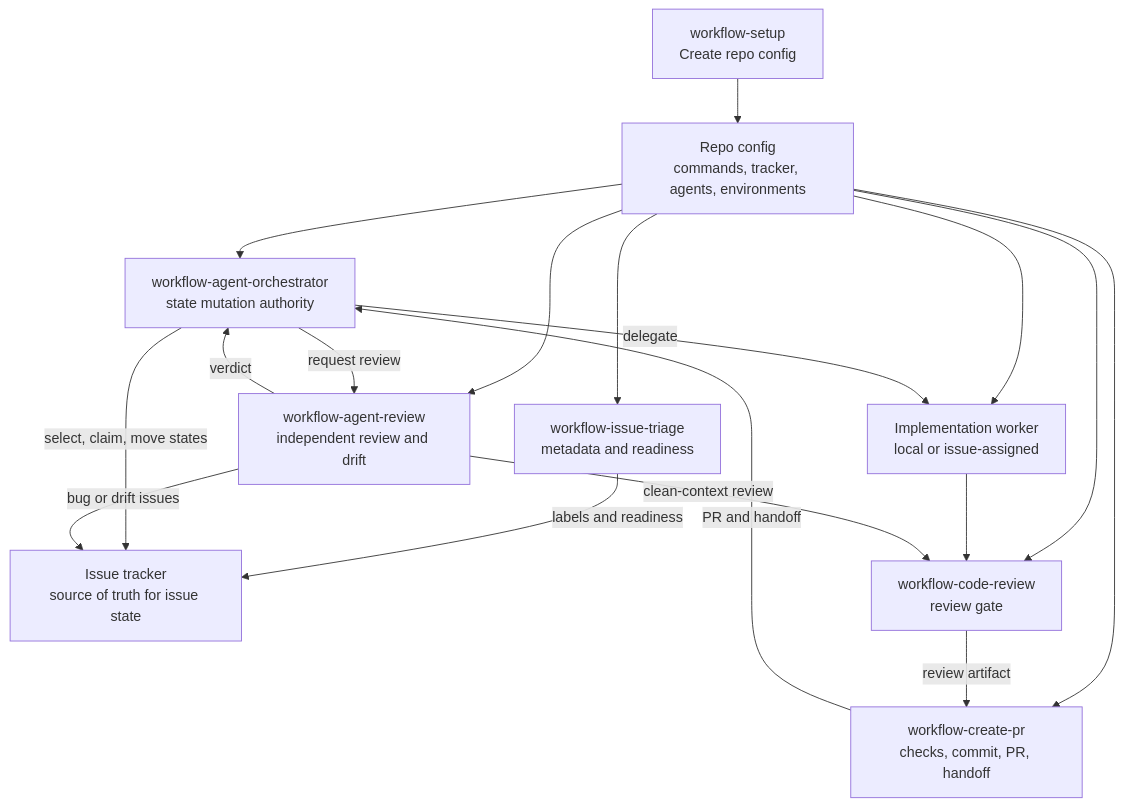
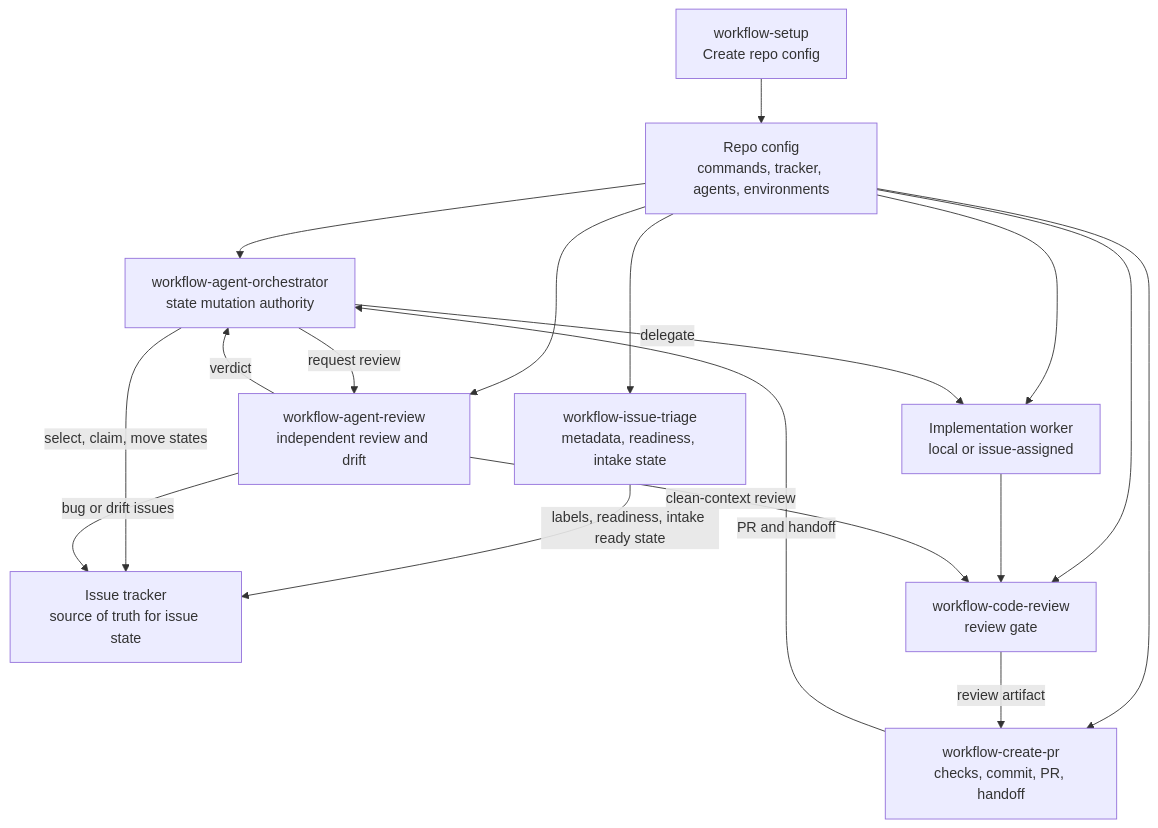
The first of 2 diagrams in docs/agent-workflow.md (zaks-io/skills), drawn with Mermaid before and after one commit. The commit also changed other lines of this file and 8 other files, not shown here.

Commit message:
Clarify triage intake promotion

````diff
--- a/docs/agent-workflow.md
+++ b/docs/agent-workflow.md
@@ -113,31 +116,31 @@
 ```mermaid
 flowchart TD
   Setup["workflow-setup\nCreate repo config"]
   Config["Repo config\ncommands, tracker, agents, environments"]
   Tracker["Issue tracker\nsource of truth for issue state"]
-  IssueTriage["workflow-issue-triage\nmetadata and readiness"]
+  IssueTriage["workflow-issue-triage\nmetadata, readiness, intake state"]
   Orchestrator["workflow-agent-orchestrator\nstate mutation authority"]
   Worker["Implementation worker\nlocal or issue-assigned"]
   CodeReview["workflow-code-review\nreview gate"]
   CreatePR["workflow-create-pr\nchecks, commit, PR, handoff"]
   AgentReview["workflow-agent-review\nindependent review and drift"]
 
   Setup --> Config
   Config --> Orchestrator
   Config --> IssueTriage
   Config --> Worker
   Config --> CodeReview
   Config --> CreatePR
   Config --> AgentReview
 
-  IssueTriage -->|labels and readiness| Tracker
+  IssueTriage -->|labels, readiness, intake ready state| Tracker
   Orchestrator -->|select, claim, move states| Tracker
   Orchestrator -->|delegate| Worker
   Worker --> CodeReview
   CodeReview -->|review artifact| CreatePR
   CreatePR -->|PR and handoff| Orchestrator
   Orchestrator -->|request review| AgentReview
   AgentReview -->|clean-context review| CodeReview
   AgentReview -->|verdict| Orchestrator
   AgentReview -->|bug or drift issues| Tracker
 ```
````
